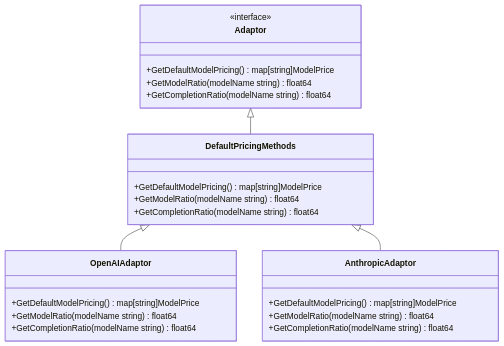
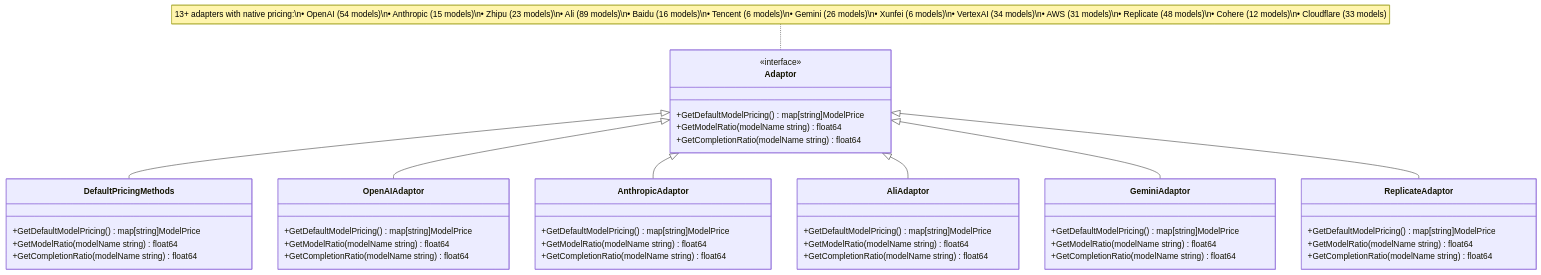
One commit to maru7777/one-api changed the fourth of 8 diagrams in docs/arch/billing.md. Above: the diagram before and after it, drawn with Mermaid. The commit also changed other lines of this file and 12 other files, not shown here.

First line of the commit message:
fix: Implement custom pricing methods for various adapters

````diff
--- a/docs/arch/billing.md
+++ b/docs/arch/billing.md
@@ -213,31 +245,54 @@
 ```mermaid
 classDiagram
     class Adaptor {
         <<interface>>
         +GetDefaultModelPricing() map[string]ModelPrice
         +GetModelRatio(modelName string) float64
         +GetCompletionRatio(modelName string) float64
     }
 
     class DefaultPricingMethods {
         +GetDefaultModelPricing() map[string]ModelPrice
         +GetModelRatio(modelName string) float64
         +GetCompletionRatio(modelName string) float64
     }
 
     class OpenAIAdaptor {
         +GetDefaultModelPricing() map[string]ModelPrice
         +GetModelRatio(modelName string) float64
         +GetCompletionRatio(modelName string) float64
     }
 
     class AnthropicAdaptor {
         +GetDefaultModelPricing() map[string]ModelPrice
         +GetModelRatio(modelName string) float64
         +GetCompletionRatio(modelName string) float64
     }
 
+    class AliAdaptor {
+        +GetDefaultModelPricing() map[string]ModelPrice
+        +GetModelRatio(modelName string) float64
+        +GetCompletionRatio(modelName string) float64
+    }
+
+    class GeminiAdaptor {
+        +GetDefaultModelPricing() map[string]ModelPrice
+        +GetModelRatio(modelName string) float64
+        +GetCompletionRatio(modelName string) float64
+    }
+
+    class ReplicateAdaptor {
+        +GetDefaultModelPricing() map[string]ModelPrice
+        +GetModelRatio(modelName string) float64
+        +GetCompletionRatio(modelName string) float64
+    }
+
     Adaptor <|-- DefaultPricingMethods
-    DefaultPricingMethods <|-- OpenAIAdaptor
-    DefaultPricingMethods <|-- AnthropicAdaptor
+    Adaptor <|-- OpenAIAdaptor
+    Adaptor <|-- AnthropicAdaptor
+    Adaptor <|-- AliAdaptor
+    Adaptor <|-- GeminiAdaptor
+    Adaptor <|-- ReplicateAdaptor
+
+    note for Adaptor "13+ adapters with native pricing:\n• OpenAI (54 models)\n• Anthropic (15 models)\n• Zhipu (23 models)\n• Ali (89 models)\n• Baidu (16 models)\n• Tencent (6 models)\n• Gemini (26 models)\n• Xunfei (6 models)\n• VertexAI (34 models)\n• AWS (31 models)\n• Replicate (48 models)\n• Cohere (12 models)\n• Cloudflare (33 models)"
 ```
````
